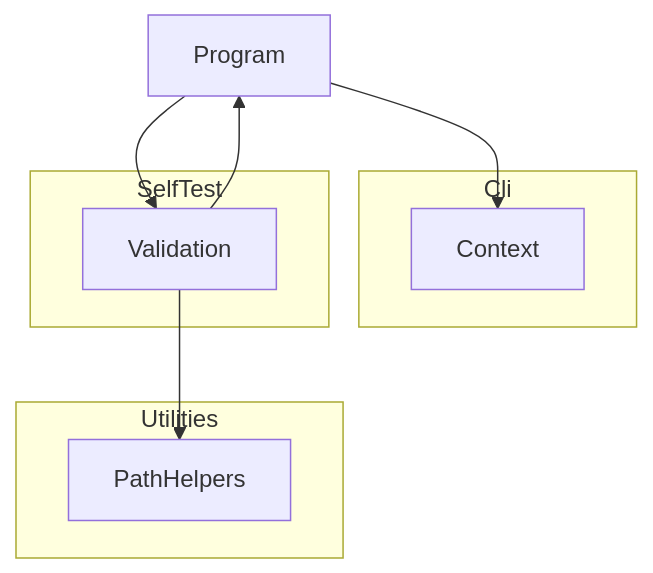
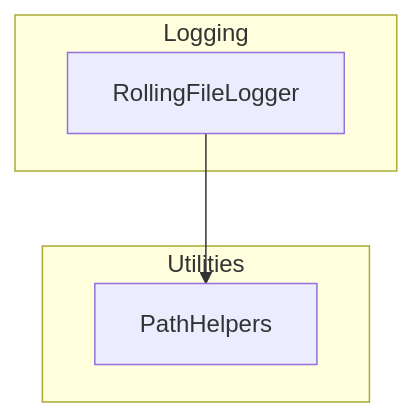
Before and after one commit to demaconsulting/CanvasPilot: the diagram in docs/design/canvas-pilot.md, drawn with Mermaid. The commit also changed other lines of this file and 60 other files, not shown here.

````diff
--- a/docs/design/canvas-pilot.md
+++ b/docs/design/canvas-pilot.md
@@ -11,17 +12,10 @@
 ```mermaid
 flowchart TD
-    Program
-    subgraph Cli
-        Context
-    end
-    subgraph SelfTest
-        Validation
+    subgraph Logging
+        RollingFileLogger
     end
     subgraph Utilities
         PathHelpers
     end
-    Program --> Context
-    Program --> Validation
-    Validation --> Program
-    Validation --> PathHelpers
+    RollingFileLogger --> PathHelpers
 ```
````
